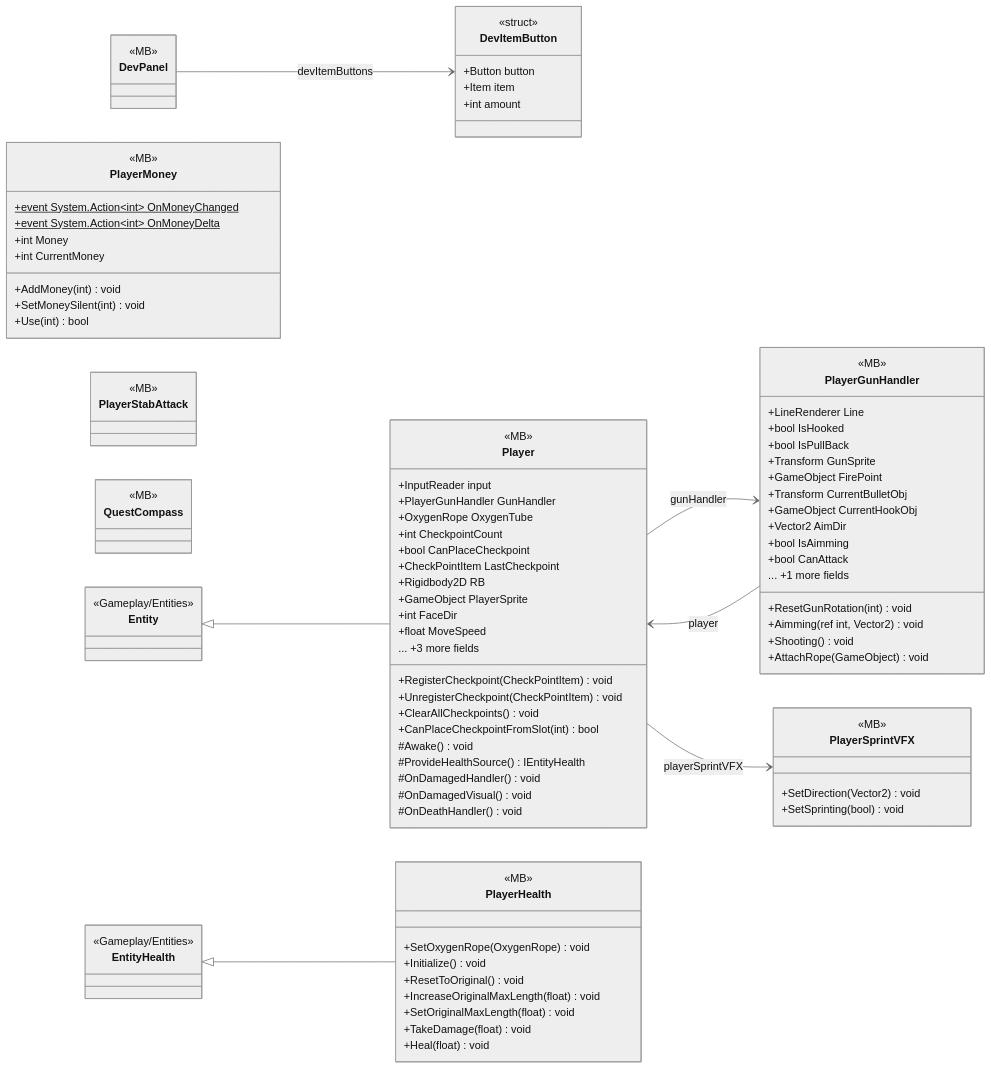
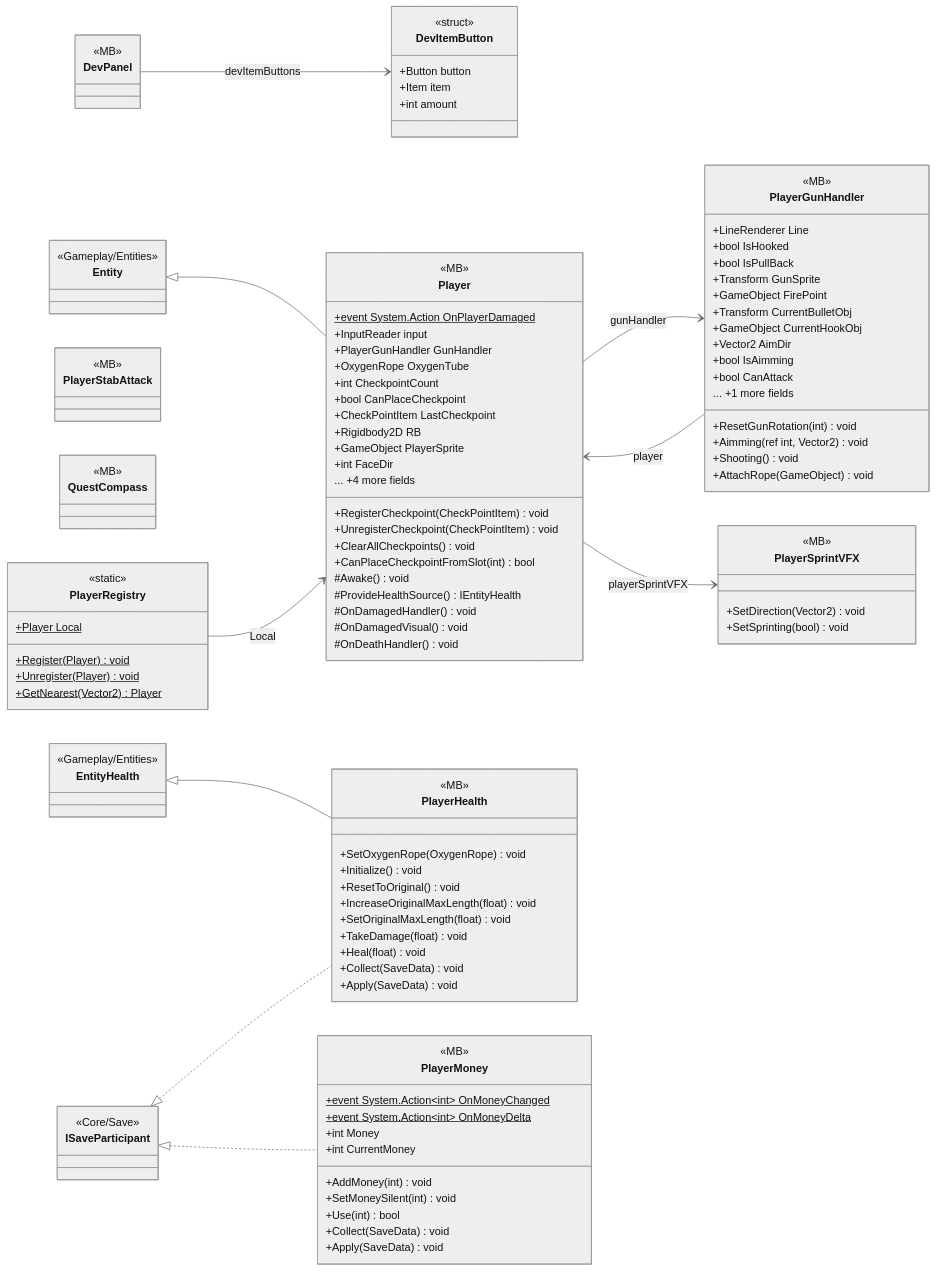
Before and after one commit to PhumipatWave/project-ocean: the diagram in docs/uml/modules/Gameplay_Entities_Players.md, drawn with Mermaid (neutral theme). The commit also changed other lines of this file and 531 other files, not shown here.

````diff
--- a/docs/uml/modules/Gameplay_Entities_Players.md
+++ b/docs/uml/modules/Gameplay_Entities_Players.md
@@ -18,6 +18,7 @@
   }
   class Player {
     <<MB>>
+    +event System.Action OnPlayerDamaged$
     +InputReader input
     +PlayerGunHandler GunHandler
     +OxygenRope OxygenTube
@@ -27,8 +28,7 @@
     +Rigidbody2D RB
     +GameObject PlayerSprite
     +int FaceDir
-    +float MoveSpeed
-    ... +3 more fields
+    ... +4 more fields
     +RegisterCheckpoint(CheckPointItem) void
     +UnregisterCheckpoint(CheckPointItem) void
     +ClearAllCheckpoints() void
@@ -66,6 +66,8 @@
     +SetOriginalMaxLength(float) void
     +TakeDamage(float) void
     +Heal(float) void
+    +Collect(SaveData) void
+    +Apply(SaveData) void
   }
   class PlayerMoney {
     <<MB>>
@@ -76,6 +78,15 @@
     +AddMoney(int) void
     +SetMoneySilent(int) void
     +Use(int) bool
+    +Collect(SaveData) void
+    +Apply(SaveData) void
+  }
+  class PlayerRegistry {
+    <<static>>
+    +Player Local$
+    +Register(Player)$ void
+    +Unregister(Player)$ void
+    +GetNearest(Vector2)$ Player
   }
   class PlayerSprintVFX {
     <<MB>>
@@ -94,10 +105,16 @@
   class EntityHealth {
     <<Gameplay/Entities>>
   }
+  class ISaveParticipant {
+    <<Core/Save>>
+  }
   DevPanel --> DevItemButton : devItemButtons
   Entity <|-- Player
   EntityHealth <|-- PlayerHealth
+  ISaveParticipant <|.. PlayerHealth
+  ISaveParticipant <|.. PlayerMoney
   Player --> PlayerGunHandler : gunHandler
   Player --> PlayerSprintVFX : playerSprintVFX
   PlayerGunHandler --> Player : player
+  PlayerRegistry --> Player : Local
 ```
````
